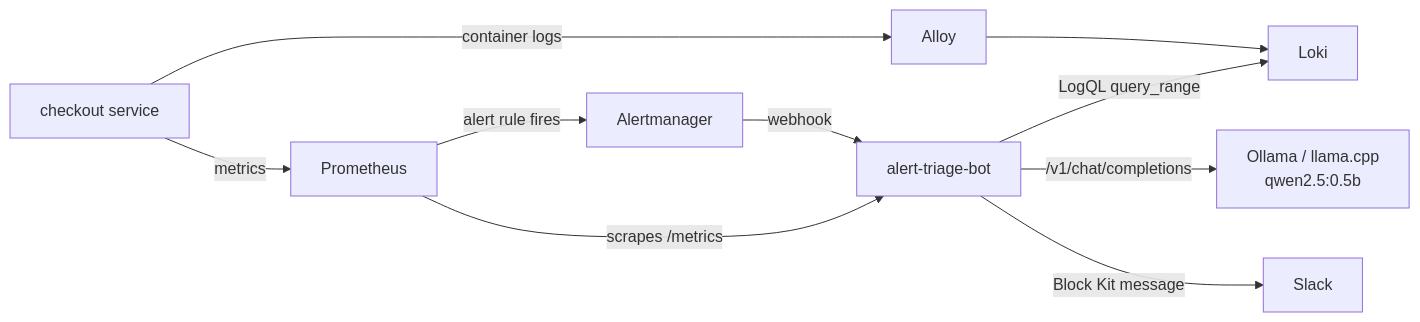
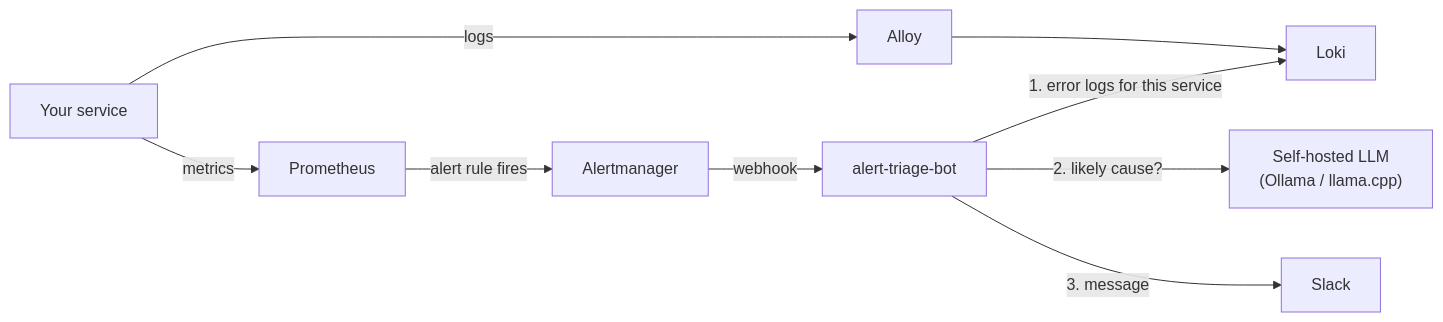
One commit to spandanmandal1/alert-triage-bot changed the diagram in README.md. Above: the diagram before and after it, drawn with Mermaid. The commit also changed other lines of this file and 6 other files, not shown here.

````diff
--- a/README.md
+++ b/README.md
@@ -10,11 +29,10 @@
 ```mermaid
 flowchart LR
-    app[checkout service] -- metrics --> prom[Prometheus]
-    app -- container logs --> alloy[Alloy] --> loki[Loki]
-    prom -- alert rule fires --> am[Alertmanager]
+    app[Your service] -- metrics --> prom[Prometheus]
+    app -- logs --> alloy[Alloy] --> loki[Loki]
+    prom -- "alert rule fires" --> am[Alertmanager]
     am -- webhook --> bot[alert-triage-bot]
-    bot -- LogQL query_range --> loki
-    bot -- /v1/chat/completions --> llm[Ollama / llama.cpp<br/>qwen2.5:0.5b]
-    bot -- Block Kit message --> slack[Slack]
-    prom -- scrapes /metrics --> bot
+    bot -- "1. error logs for this service" --> loki
+    bot -- "2. likely cause?" --> llm["Self-hosted LLM<br/>(Ollama / llama.cpp)"]
+    bot -- "3. message" --> slack[Slack]
 ```
````
